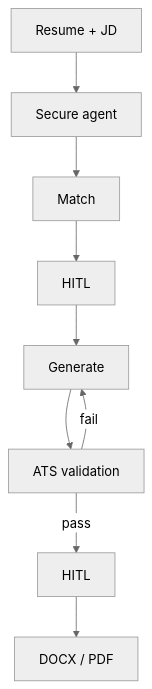
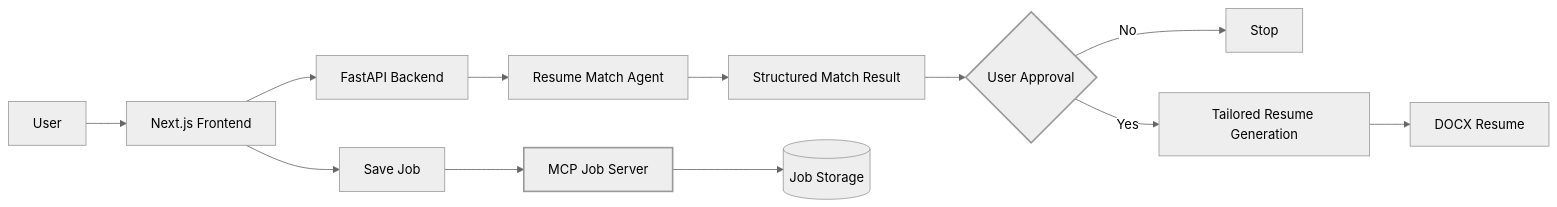
The diagram in README.md (amohan601/ai-resume-matcher), drawn with Mermaid (neutral theme) before and after one commit. The commit also changed other lines of this file and 1 other file, not shown here.

````diff
--- a/README.md
+++ b/README.md
@@ -106,11 +25,23 @@
 ```mermaid
-flowchart TD
-    A[Resume + JD] --> B[Secure agent]
-    B --> C[Match]
-    C --> D[HITL]
-    D --> E[Generate]
-    E --> F[ATS validation]
-    F -- fail --> E
-    F -- pass --> G[HITL]
-    G --> H[DOCX / PDF]
+flowchart LR
+    U[User] --> FE[Next.js Frontend]
+
+    FE --> API[FastAPI Backend]
+
+    API --> MATCH[Resume Match Agent]
+    MATCH --> RESULT[Structured Match Result]
+
+    RESULT --> HITL{User Approval}
+
+    HITL -- No --> END[Stop]
+    HITL -- Yes --> GEN[Tailored Resume Generation]
+
+    GEN --> DOCX[DOCX Resume]
+
+    FE --> SAVE[Save Job]
+    SAVE --> MCP[MCP Job Server]
+    MCP --> STORE[(Job Storage)]
+
+    style HITL stroke-width:2px
+    style MCP stroke-width:2px
 ```
````
